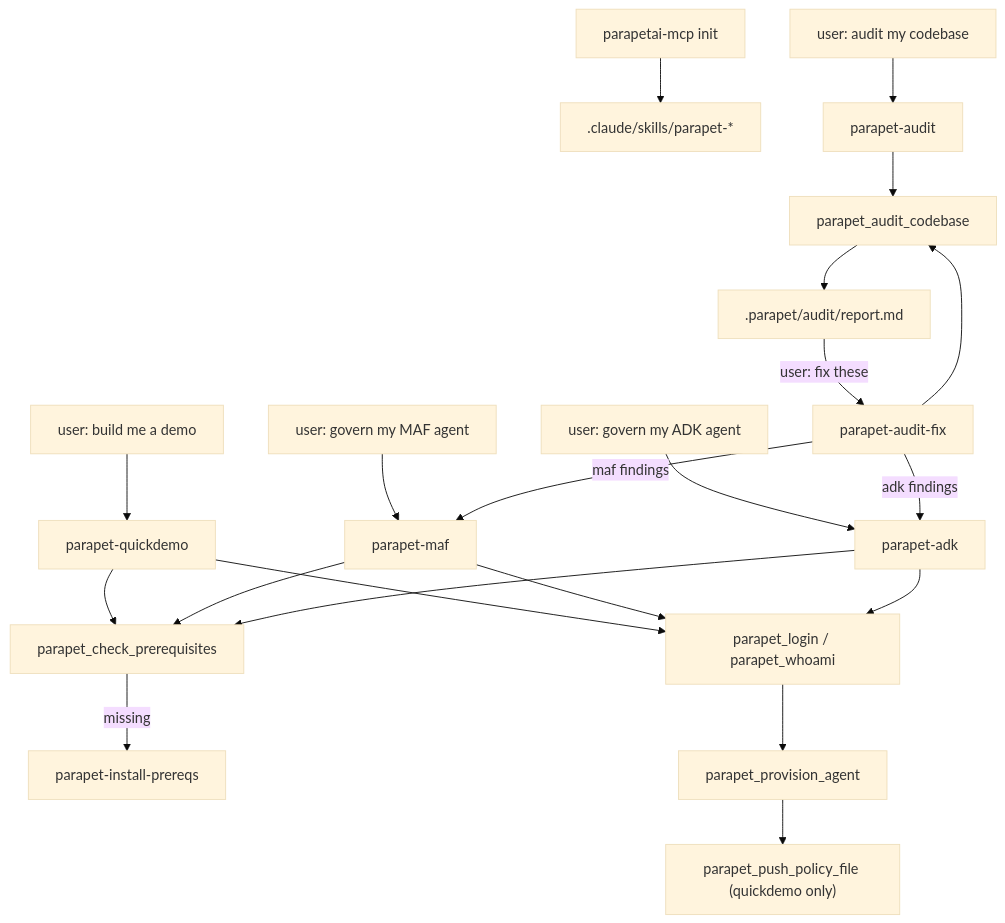
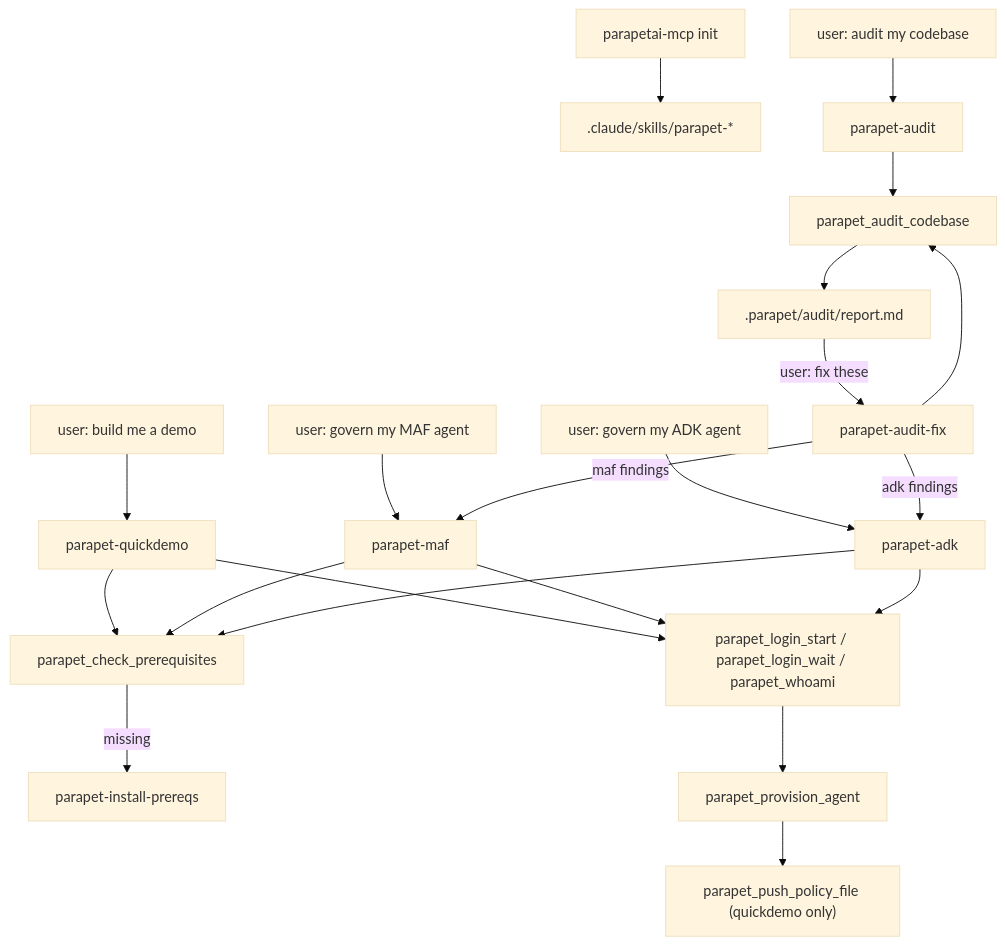
One commit to Parapet-run/parapet-agenticai-sdk changed the diagram in docs/cli/skills.md. Above: the diagram before and after it, drawn with Mermaid (base theme). The commit also changed 13 other files, not shown here.

````diff
--- a/docs/cli/skills.md
+++ b/docs/cli/skills.md
@@ -99,23 +99,23 @@
 ```mermaid
 graph TD
     A["parapetai-mcp init"] --> B[".claude/skills/parapet-*"]
     C["user: build me a demo"] --> D[parapet-quickdemo]
     E["user: govern my MAF agent"] --> F[parapet-maf]
     G["user: govern my ADK agent"] --> H[parapet-adk]
     N["user: audit my codebase"] --> O[parapet-audit]
     D --> I[parapet_check_prerequisites]
     F --> I
     H --> I
     I -->|missing| J[parapet-install-prereqs]
-    D --> K[parapet_login / parapet_whoami]
+    D --> K["parapet_login_start / parapet_login_wait / parapet_whoami"]
     F --> K
     H --> K
     K --> L[parapet_provision_agent]
     L --> M["parapet_push_policy_file (quickdemo only)"]
     O --> P[parapet_audit_codebase]
     P --> Q[".parapet/audit/report.md"]
     Q -->|"user: fix these"| R[parapet-audit-fix]
     R -->|"maf findings"| F
     R -->|"adk findings"| H
     R --> P
 ```
````
